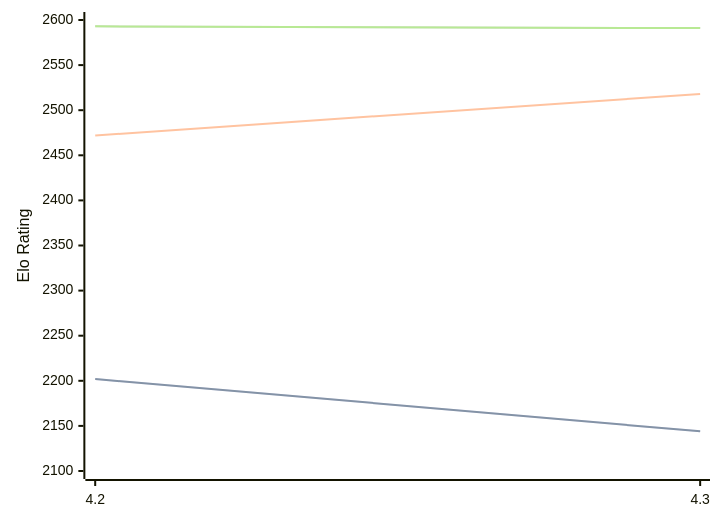
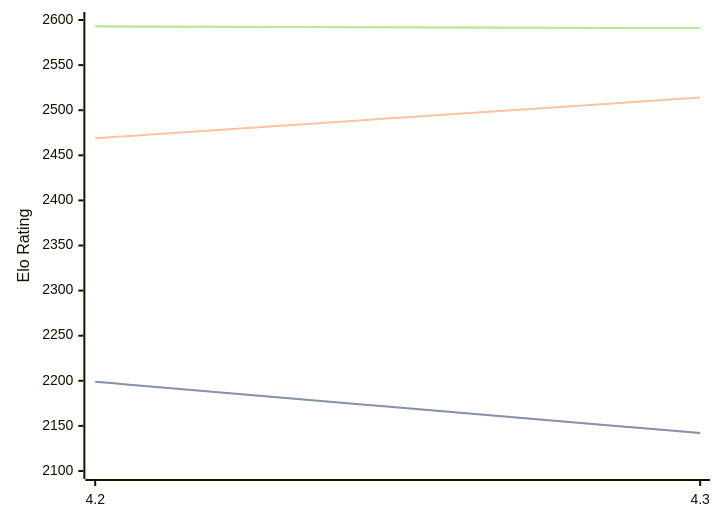
Before and after one commit to computer-chess-index/cci: the diagram in engines/Eubos.md, drawn with Mermaid. The commit also changed other lines of this file, not shown here.

Commit message:
Update CCI Ratings (ELO VLTC) - 2026-03-11

````diff
--- a/engines/Eubos.md
+++ b/engines/Eubos.md
@@ -86,11 +86,11 @@
 ```mermaid
 %%{init: {"theme":"base","themeVariables":{"seriesColors:['#a3a3a3','#222221','#faa371']}}}%%
 xychart-beta
   x-axis ["4.2", "4.3"]
   y-axis "Elo Rating" 2100 --> 2600
-  line "STC (8.0+0.08s)" [2202, 2144]
-  line "STC (8.0+0.08s)" [2202, 2144]
-  line "LTC (60.0+0.60s)" [2472, 2518]
+  line "STC (8.0+0.08s)" [2199, 2142]
+  line "STC (8.0+0.08s)" [2199, 2142]
+  line "LTC (60.0+0.60s)" [2469, 2514]
   line "VLTC (2m24s+1.12s)" [2593, 2591]
   line "VLTC (2m24s+1.12s)" [2593, 2591]
 ```
````
